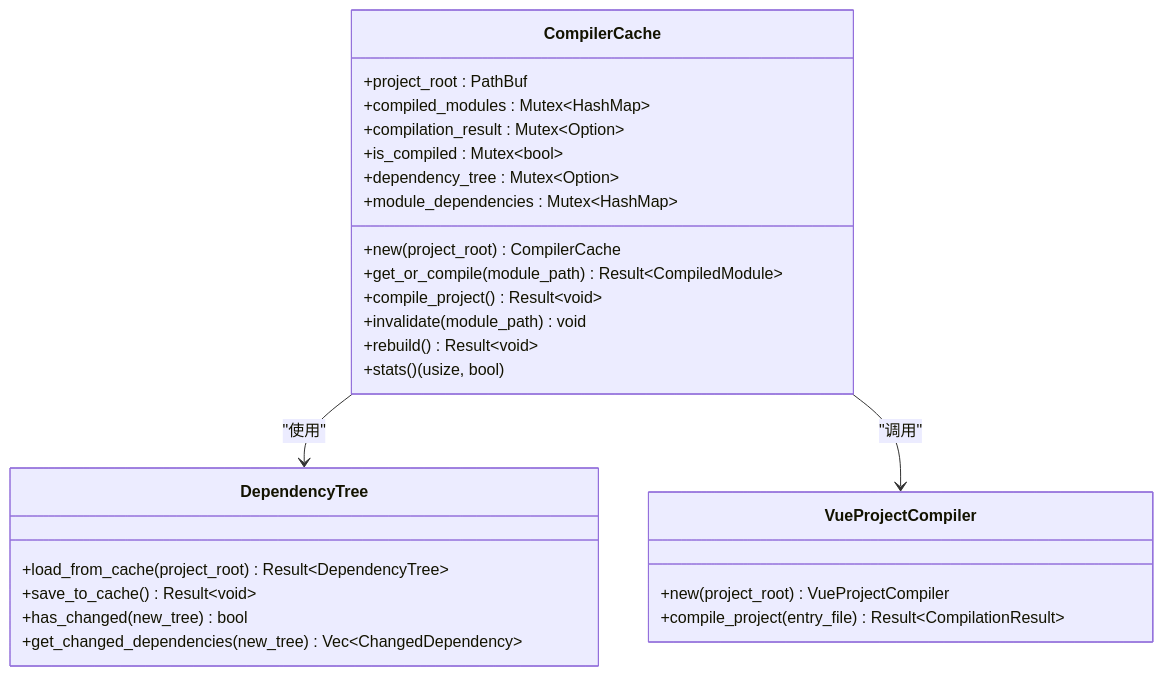
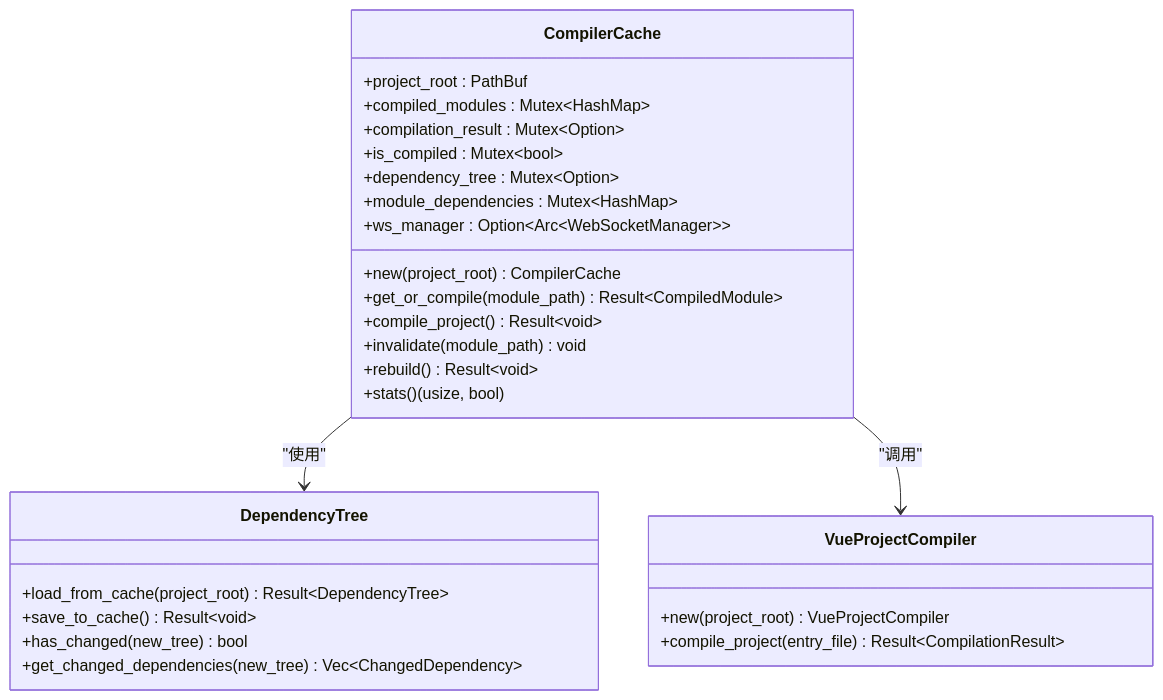
The fifth of 10 diagrams in .qoder/repowiki/zh/content/核心功能特性/Iris JetCrab CLI工具.md (itszzl-sudo/iris), drawn with Mermaid before and after one commit. The commit also changed other lines of this file and 63 other files, not shown here.

````diff
--- a/.qoder/repowiki/zh/content/核心功能特性/Iris JetCrab CLI工具.md
+++ b/.qoder/repowiki/zh/content/核心功能特性/Iris JetCrab CLI工具.md
@@ -247,29 +260,30 @@
 ```mermaid
 classDiagram
 class CompilerCache {
 +project_root : PathBuf
 +compiled_modules : Mutex~HashMap~
 +compilation_result : Mutex~Option~
 +is_compiled : Mutex~bool~
 +dependency_tree : Mutex~Option~
 +module_dependencies : Mutex~HashMap~
++ws_manager : Option~Arc~WebSocketManager~~
 +new(project_root) CompilerCache
 +get_or_compile(module_path) Result~CompiledModule~
 +compile_project() Result~void~
 +invalidate(module_path) void
 +rebuild() Result~void~
 +stats() (usize, bool)
 }
 class DependencyTree {
 +load_from_cache(project_root) Result~DependencyTree~
 +save_to_cache() Result~void~
 +has_changed(new_tree) bool
 +get_changed_dependencies(new_tree) Vec~ChangedDependency~
 }
 class VueProjectCompiler {
 +new(project_root) VueProjectCompiler
 +compile_project(entry_file) Result~CompilationResult~
 }
 CompilerCache --> DependencyTree : "使用"
 CompilerCache --> VueProjectCompiler : "调用"
 ```
````
